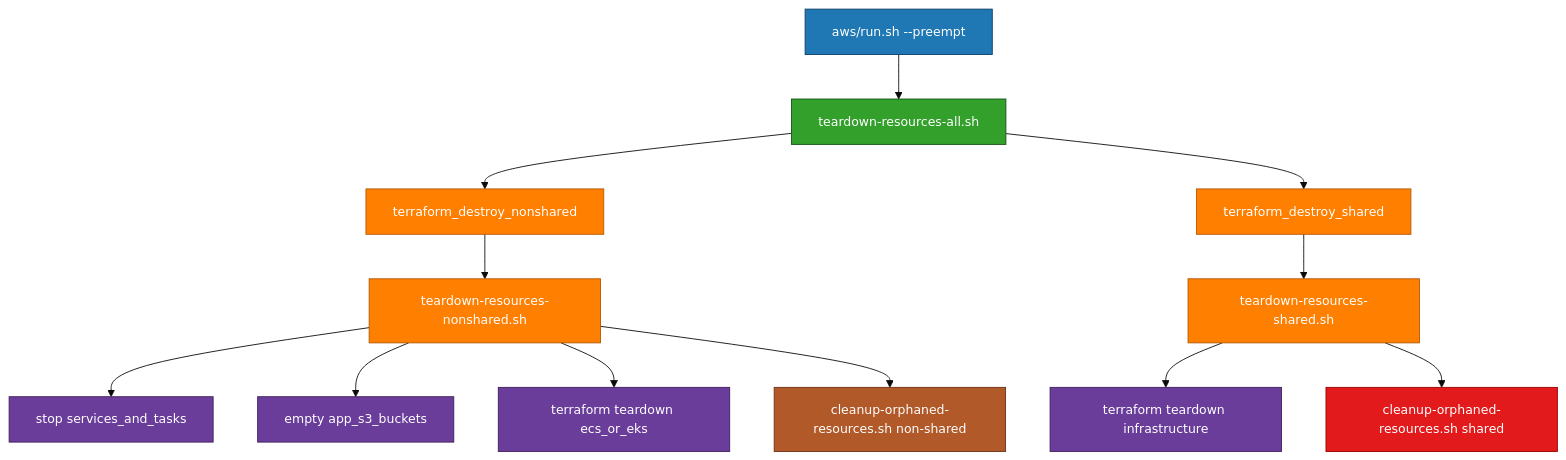
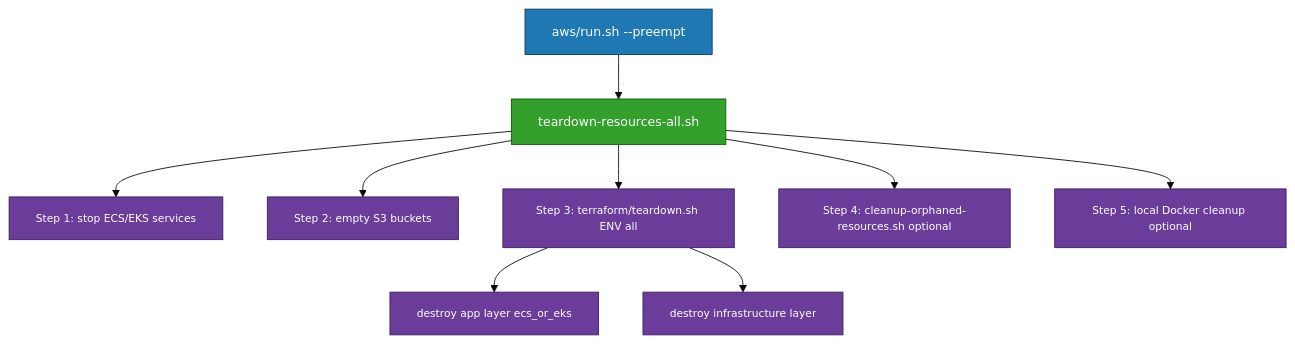
One commit to horselord-joe-8053/ultra-fru-genai-analytics changed the diagram in README_ALL_TEARDOWN.md. Above: the diagram before and after it, drawn with Mermaid (base theme). The commit also changed other lines of this file and 2 other files, not shown here.

Commit message:
refactor: slim teardown orchestrator; single terraform destroy; optional ENI wait

````diff
--- a/README_ALL_TEARDOWN.md
+++ b/README_ALL_TEARDOWN.md
@@ -192,35 +194,20 @@
 ```mermaid
 flowchart TD
     A[aws/run.sh --preempt] --> B[teardown-resources-all.sh]
 
-    B --> C[terraform_destroy_nonshared]
-    C --> D[teardown-resources-nonshared.sh]
-
-    %% Nonshared responsibilities
-    D --> D1[stop services_and_tasks]
-    D --> D2[empty app_s3_buckets]
-    D --> D3[terraform teardown ecs_or_eks]
-    D --> D4[cleanup-orphaned-resources.sh non-shared]
-
-    B --> G[terraform_destroy_shared]
-    G --> H[teardown-resources-shared.sh]
-
-    %% Shared responsibilities
-    H --> H1[terraform teardown infrastructure]
-    H --> H2[cleanup-orphaned-resources.sh shared]
+    B --> B1[Step 1: stop ECS/EKS services]
+    B --> B2[Step 2: empty S3 buckets]
+    B --> B3[Step 3: terraform/teardown.sh ENV all]
+    B3 --> B3a[destroy app layer ecs_or_eks]
+    B3 --> B3b[destroy infrastructure layer]
+    B --> B4[Step 4: cleanup-orphaned-resources.sh optional]
+    B --> B5[Step 5: local Docker cleanup optional]
 
     classDef orchestrator fill:#1f78b4,stroke:#0b3c68,color:#ffffff,font-size:14px;
     classDef coordinator fill:#33a02c,stroke:#145214,color:#ffffff,font-size:14px;
-    classDef wrapper fill:#ff7f00,stroke:#b35800,color:#ffffff,font-size:14px;
-    classDef detail fill:#6a3d9a,stroke:#3f1f5c,color:#ffffff,font-size:14px;
-    classDef helperNonShared fill:#b15928,stroke:#6b3012,color:#ffffff,font-size:14px;
-    classDef helperShared fill:#e31a1c,stroke:#990000,color:#ffffff,font-size:14px;
+    classDef step fill:#6a3d9a,stroke:#3f1f5c,color:#ffffff,font-size:12px;
 
     class A orchestrator
     class B coordinator
-    class C,G wrapper
-    class D,H wrapper
-    class D1,D2,D3,H1 detail
-    class D4 helperNonShared
-    class H2 helperShared
+    class B1,B2,B3,B4,B5,B3a,B3b step
 ```
````
